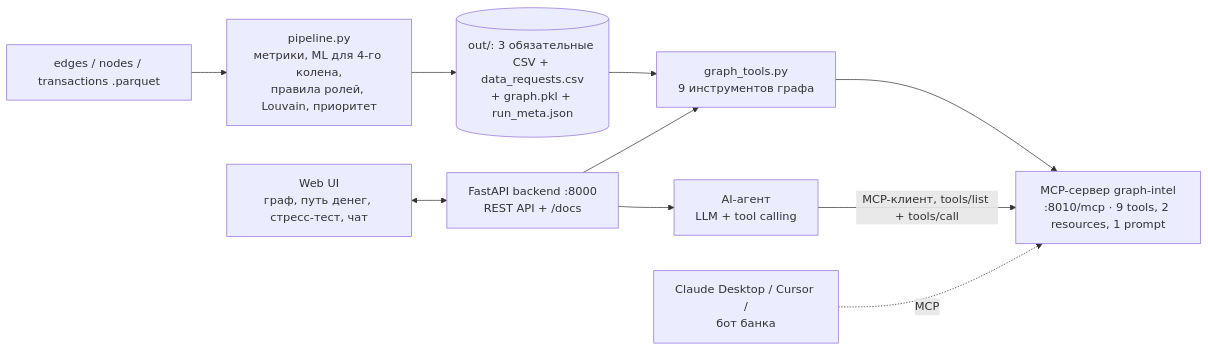
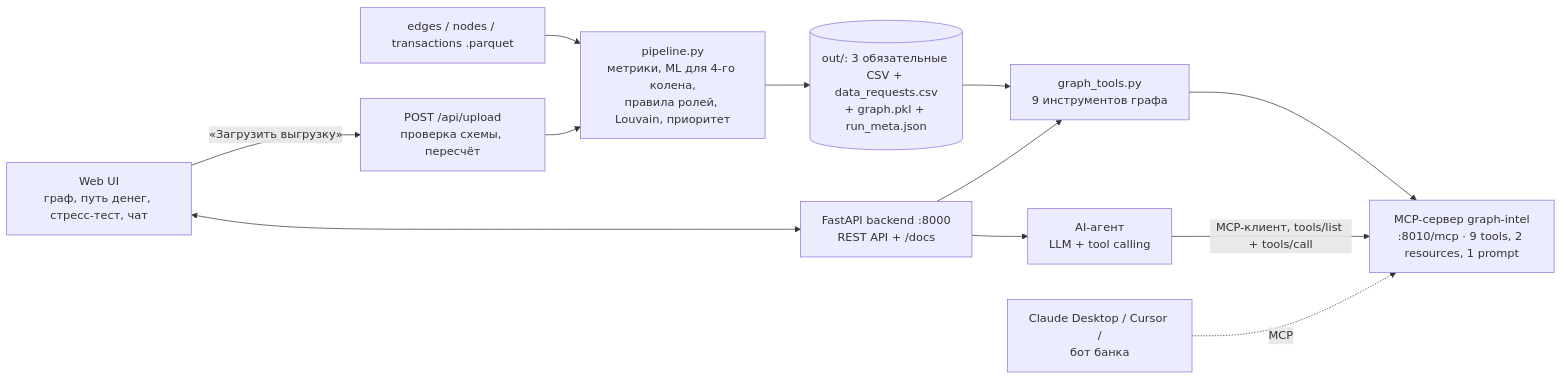
One commit to BAITC-Hacks/hack-4db729d3-sco-alasha changed the diagram in README.md. Above: the diagram before and after it, drawn with Mermaid. The commit also changed other lines of this file, not shown here.

Commit message:
docs: judge guide, upload on scheme

````diff
--- a/README.md
+++ b/README.md
@@ -117,12 +189,14 @@
 ```mermaid
 flowchart LR
     A[edges / nodes / transactions .parquet] --> B[pipeline.py<br/>метрики, ML для 4-го колена,<br/>правила ролей, Louvain, приоритет]
     B --> C[(out/: 3 обязательные CSV + data_requests.csv<br/>+ graph.pkl + run_meta.json)]
     C --> T[graph_tools.py<br/>9 инструментов графа]
     T --> M[MCP-сервер graph-intel<br/>:8010/mcp · 9 tools, 2 resources, 1 prompt]
     W[Web UI<br/>граф, путь денег, стресс-тест, чат] <--> S[FastAPI backend :8000<br/>REST API + /docs]
     S --> T
     S --> AG[AI-агент<br/>LLM + tool calling]
     AG -- MCP-клиент, tools/list + tools/call --> M
+    W -- «Загрузить выгрузку» --> U[POST /api/upload<br/>проверка схемы, пересчёт]
+    U --> B
     X[Claude Desktop / Cursor /<br/>бот банка] -. MCP .-> M
 ```
````
